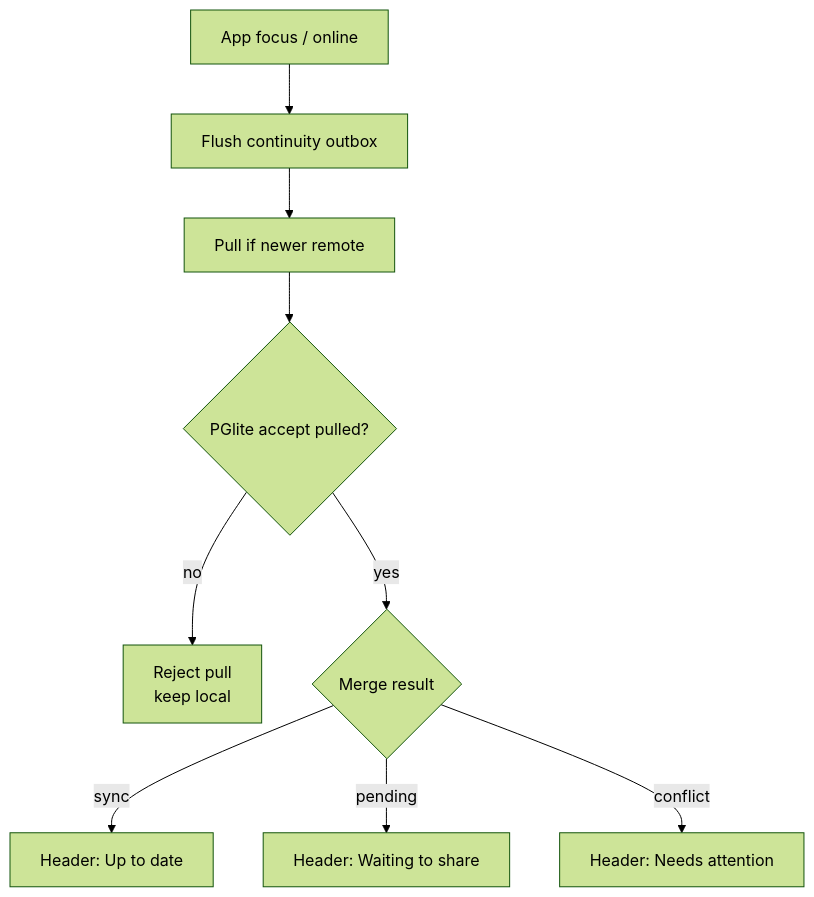
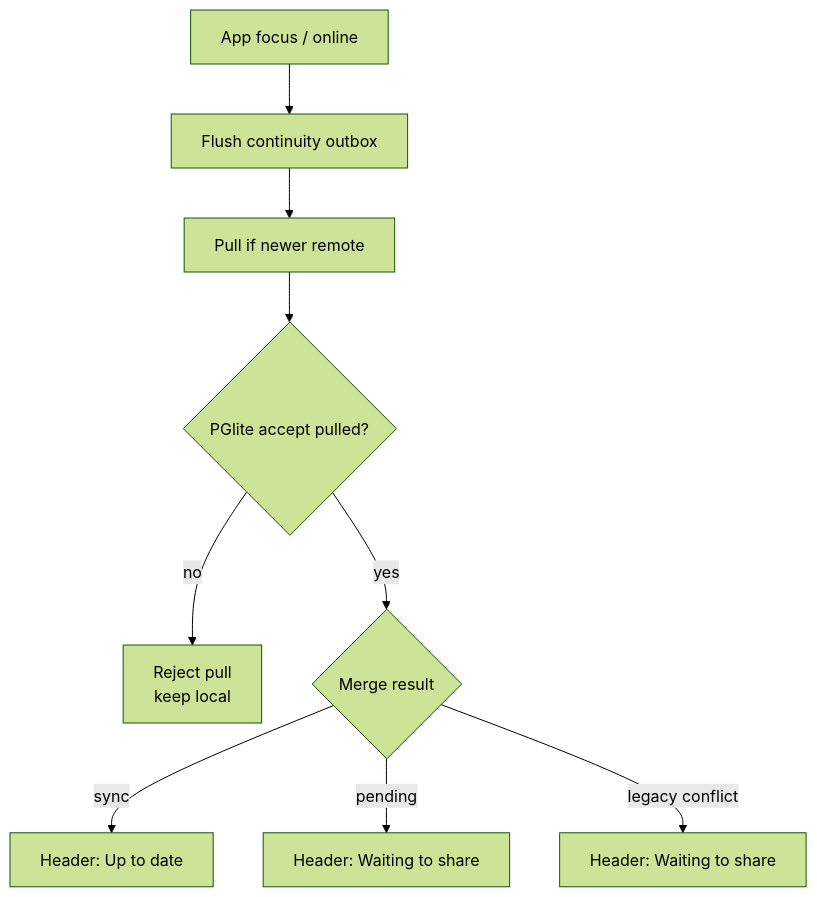
The third of 4 diagrams in docs/CLAUDE_COMMAND_STATES_UX.md (jonathanbeaulne123-blip/dual-ai-budget-app), drawn with Mermaid (forest theme) before and after one commit. The commit also changed other lines of this file and 28 other files, not shown here.

````diff
--- a/docs/CLAUDE_COMMAND_STATES_UX.md
+++ b/docs/CLAUDE_COMMAND_STATES_UX.md
@@ -266,11 +268,11 @@
 ```mermaid
 flowchart TD
   L[App focus / online] --> Q[Flush continuity outbox]
   Q --> P[Pull if newer remote]
   P --> V{PGlite accept pulled?}
   V -->|no| X[Reject pull\nkeep local]
   V -->|yes| M{Merge result}
   M -->|sync| U[Header: Up to date]
   M -->|pending| W[Header: Waiting to share]
-  M -->|conflict| N[Header: Needs attention]
+  M -->|legacy conflict| N[Header: Waiting to share]
 ```
````
